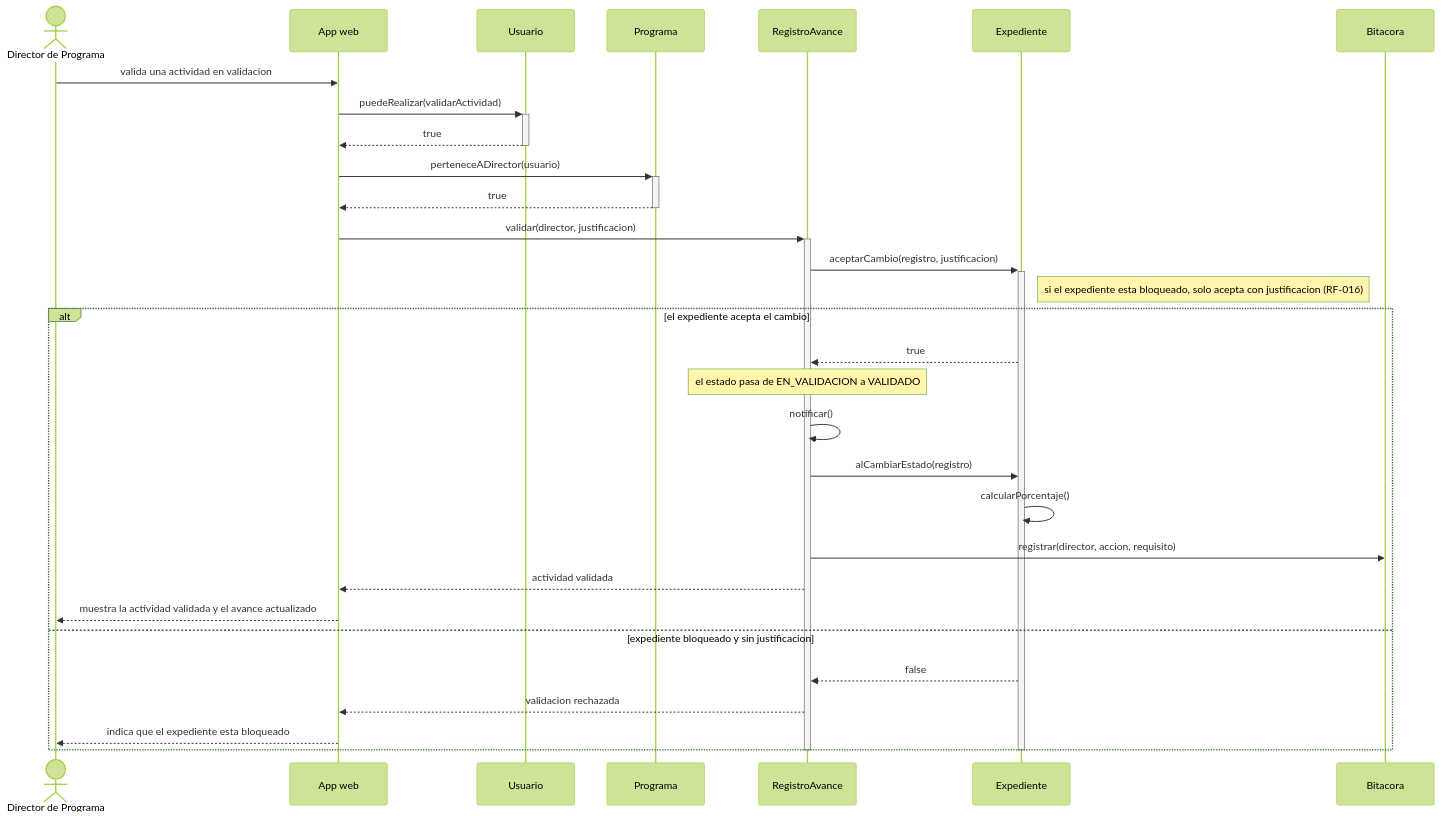
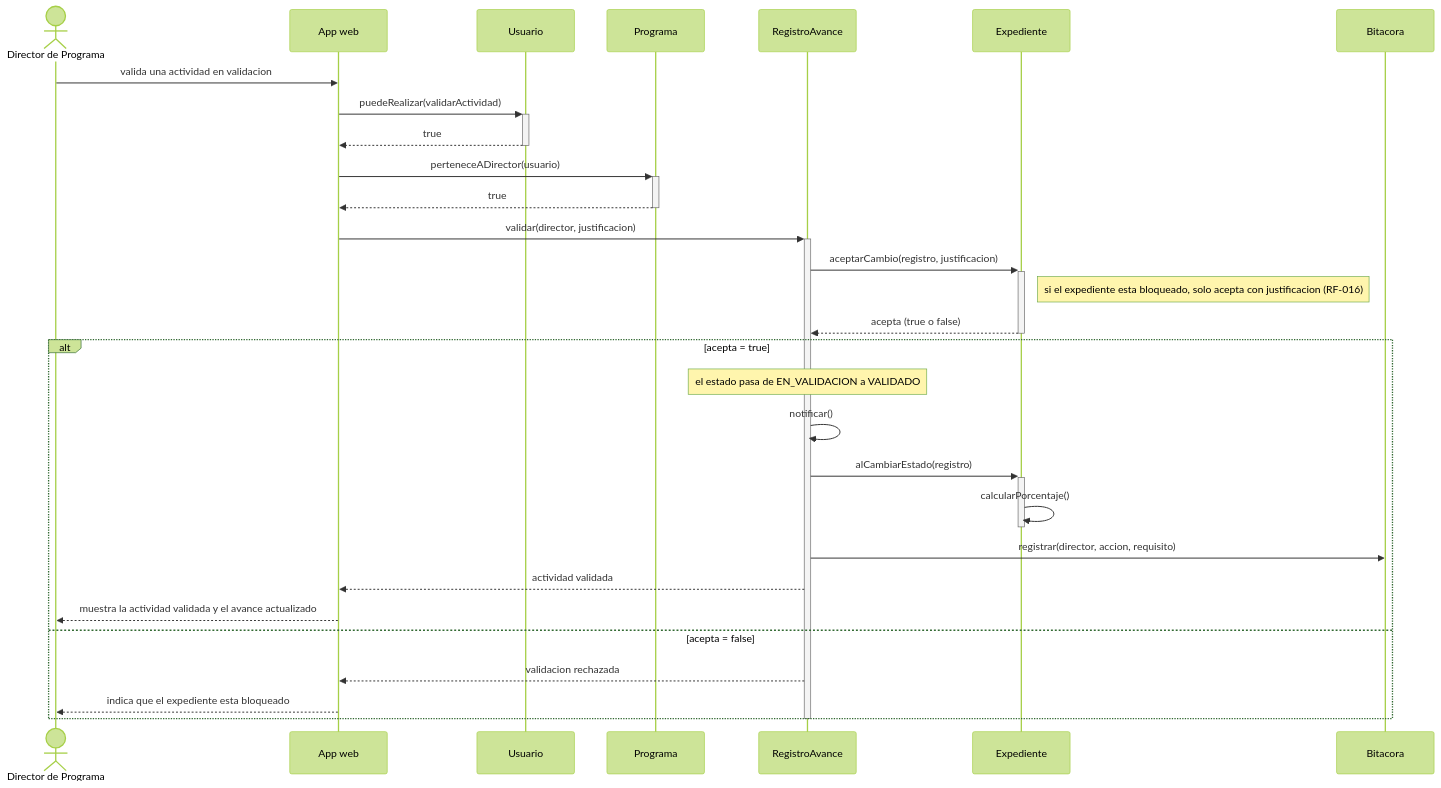
The diagram in docs/arch/diagrama_secuencia_cu04.md (Victorflores06/PLEAS-Tracker-), drawn with Mermaid (forest theme) before and after one commit. The commit also changed other lines of this file, not shown here.

Commit message:
Update sequence diagram for activity validation (CU-04)

````diff
--- a/docs/arch/diagrama_secuencia_cu04.md
+++ b/docs/arch/diagrama_secuencia_cu04.md
@@ -3,40 +3,39 @@
 ```mermaid
 sequenceDiagram
     %% El Director de Programa valida una actividad de un alumno
     %% Trazabilidad: CU-04, RF-002, RF-008, RF-009, RF-011, RF-013, RF-016
-
+ 
     actor Dir as Director de Programa
     participant Web as App web
     participant Usr as Usuario
     participant Prog as Programa
     participant Reg as RegistroAvance
     participant Exp as Expediente
     participant Bit as Bitacora
-
+ 
     Dir->>Web: valida una actividad en validacion
     Web->>+Usr: puedeRealizar(validarActividad)
     Usr-->>-Web: true
     Web->>+Prog: perteneceADirector(usuario)
     Prog-->>-Web: true
-
+ 
     Web->>+Reg: validar(director, justificacion)
     Reg->>+Exp: aceptarCambio(registro, justificacion)
     Note right of Exp: si el expediente esta bloqueado, solo acepta con justificacion (RF-016)
-
-    alt el expediente acepta el cambio
-        Exp-->>Reg: true
+    Exp-->>-Reg: acepta (true o false)
+ 
+    alt acepta = true
         Note over Reg: el estado pasa de EN_VALIDACION a VALIDADO
         Reg->>Reg: notificar()
-        Reg->>Exp: alCambiarEstado(registro)
+        Reg->>+Exp: alCambiarEstado(registro)
         Exp->>Exp: calcularPorcentaje()
+        deactivate Exp
         Reg->>Bit: registrar(director, accion, requisito)
         Reg-->>Web: actividad validada
         Web-->>Dir: muestra la actividad validada y el avance actualizado
-    else expediente bloqueado y sin justificacion
-        Exp-->>Reg: false
+    else acepta = false
         Reg-->>Web: validacion rechazada
         Web-->>Dir: indica que el expediente esta bloqueado
     end
-    deactivate Exp
     deactivate Reg
 ```
````
